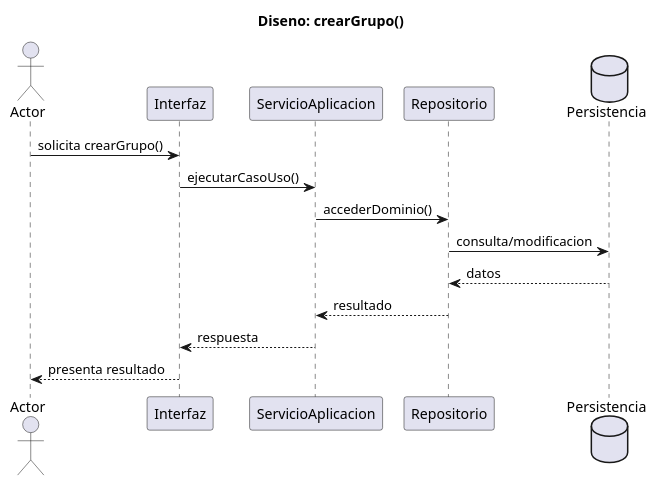
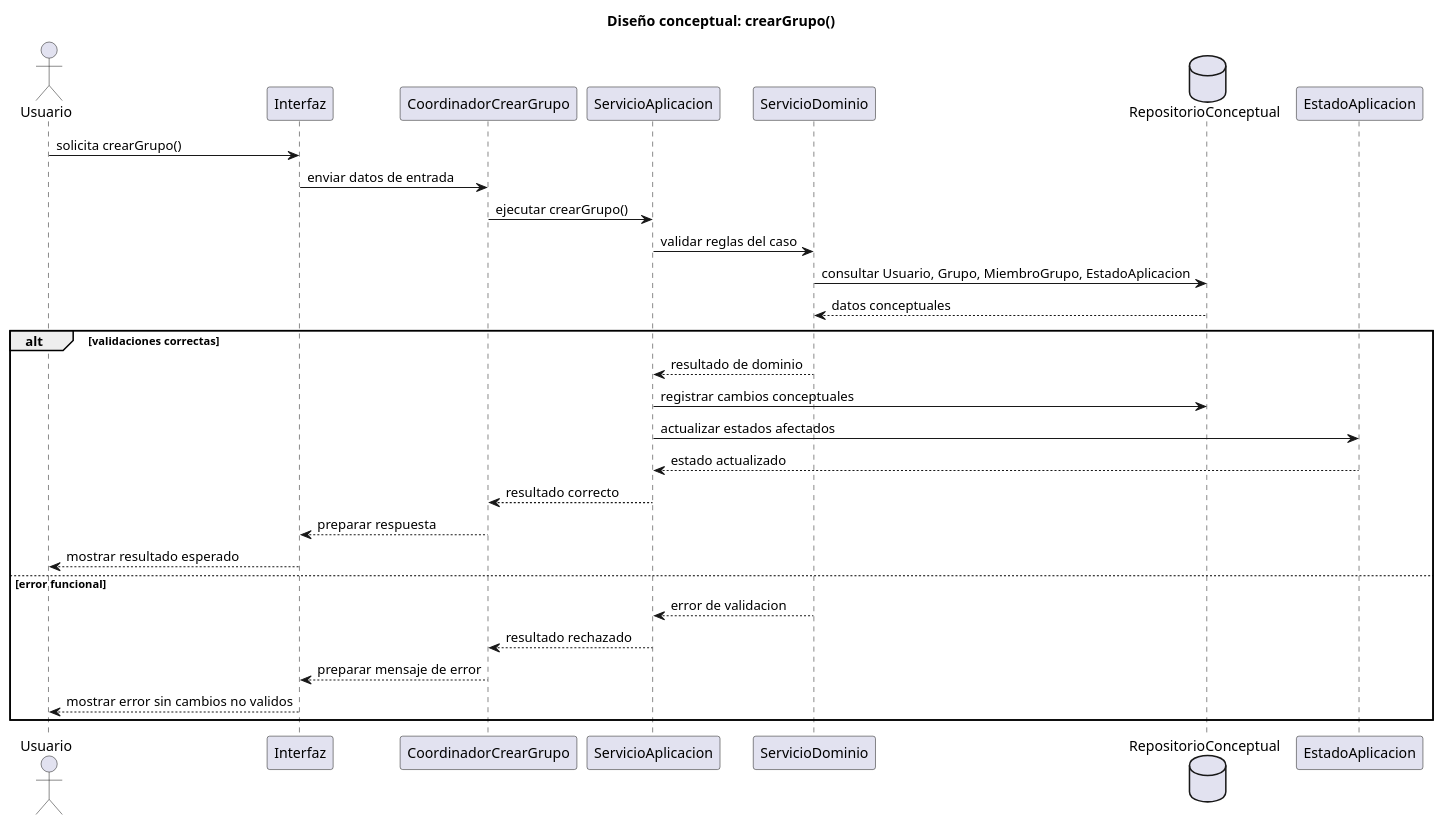
Before and after one commit to inigovaqueroo04/25-26-idsw2-sdVC: the diagram in documents/RUP/02-diseño/casos-uso/gestion-grupos/crearGrupo/secuencia.puml, drawn with PlantUML. The commit also changed 55 other files, not shown here.

Commit message:
docs: completar diseño RUP conceptual

```diff
--- a/documents/RUP/02-diseño/casos-uso/gestion-grupos/crearGrupo/secuencia.puml
+++ b/documents/RUP/02-diseño/casos-uso/gestion-grupos/crearGrupo/secuencia.puml
@@ -1,19 +1,34 @@
 @startuml crearGrupo-diseno-secuencia
-actor "Actor" as Actor
-participant "Interfaz" as UI
-participant "ServicioAplicacion" as Servicio
-participant "Repositorio" as Repositorio
-database "Persistencia" as BD
+title Diseño conceptual: crearGrupo()
 
-title Diseno: crearGrupo()
+actor "Usuario" as Usuario
+participant "Interfaz" as Interfaz
+participant "CoordinadorCrearGrupo" as Coordinador
+participant "ServicioAplicacion" as ServicioAplicacion
+participant "ServicioDominio" as ServicioDominio
+database "RepositorioConceptual" as Repositorio
+participant "EstadoAplicacion" as EstadoAplicacion
 
-Actor -> UI : solicita crearGrupo()
-UI -> Servicio : ejecutarCasoUso()
-Servicio -> Repositorio : accederDominio()
-Repositorio -> BD : consulta/modificacion
-BD --> Repositorio : datos
-Repositorio --> Servicio : resultado
-Servicio --> UI : respuesta
-UI --> Actor : presenta resultado
+Usuario -> Interfaz : solicita crearGrupo()
+Interfaz -> Coordinador : enviar datos de entrada
+Coordinador -> ServicioAplicacion : ejecutar crearGrupo()
+ServicioAplicacion -> ServicioDominio : validar reglas del caso
+ServicioDominio -> Repositorio : consultar Usuario, Grupo, MiembroGrupo, EstadoAplicacion
+Repositorio --> ServicioDominio : datos conceptuales
+
+alt validaciones correctas
+  ServicioDominio --> ServicioAplicacion : resultado de dominio
+  ServicioAplicacion -> Repositorio : registrar cambios conceptuales
+  ServicioAplicacion -> EstadoAplicacion : actualizar estados afectados
+  EstadoAplicacion --> ServicioAplicacion : estado actualizado
+  ServicioAplicacion --> Coordinador : resultado correcto
+  Coordinador --> Interfaz : preparar respuesta
+  Interfaz --> Usuario : mostrar resultado esperado
+else error funcional
+  ServicioDominio --> ServicioAplicacion : error de validacion
+  ServicioAplicacion --> Coordinador : resultado rechazado
+  Coordinador --> Interfaz : preparar mensaje de error
+  Interfaz --> Usuario : mostrar error sin cambios no validos
+end
 
 @enduml
```
